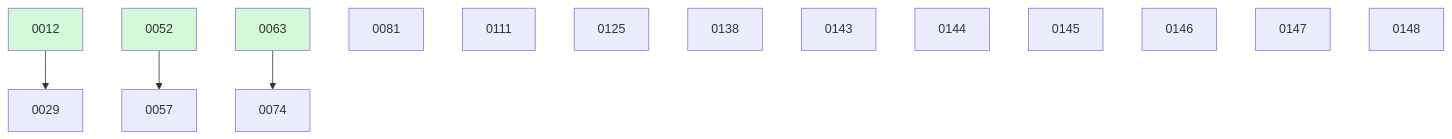
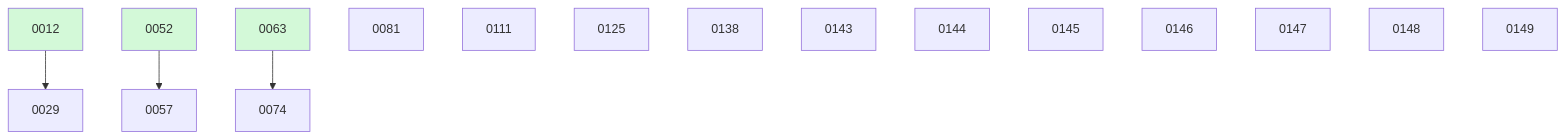
One commit to ethanhinson/fuse changed the diagram in docs/changes/BOARD.md. Above: the diagram before and after it, drawn with Mermaid. The commit also changed other lines of this file and 1 other file, not shown here.

````diff
--- a/docs/changes/BOARD.md
+++ b/docs/changes/BOARD.md
@@ -38,20 +39,21 @@
 ```mermaid
 graph TD
   0012 --> 0029
   0052 --> 0057
   0063 --> 0074
   0081
   0111
   0125
   0138
   0143
   0144
   0145
   0146
   0147
   0148
+  0149
   0012:::done
   0052:::done
   0063:::done
   classDef done fill:#d3f9d8;
 ```
````
